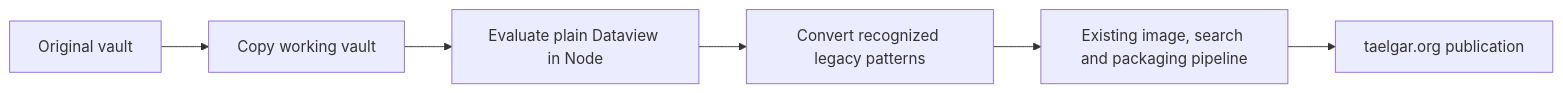
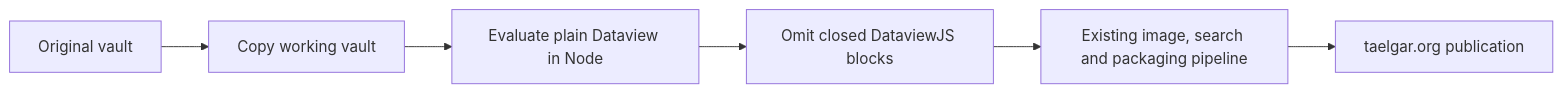
The diagram in docs/publishing-pipelines.md (msackton/taelgarverse-core), drawn with Mermaid before and after one commit. The commit also changed other lines of this file and 15 other files, not shown here.

````diff
--- a/docs/publishing-pipelines.md
+++ b/docs/publishing-pipelines.md
@@ -7,8 +7,8 @@
 ```mermaid
 flowchart LR
     V[Original vault] --> C[Copy working vault]
     C --> D[Evaluate plain Dataview in Node]
-    D --> X[Convert recognized legacy patterns]
+    D --> X[Omit closed DataviewJS blocks]
     X --> P[Existing image, search and packaging pipeline]
     P --> N[taelgar.org publication]
 ```
````
